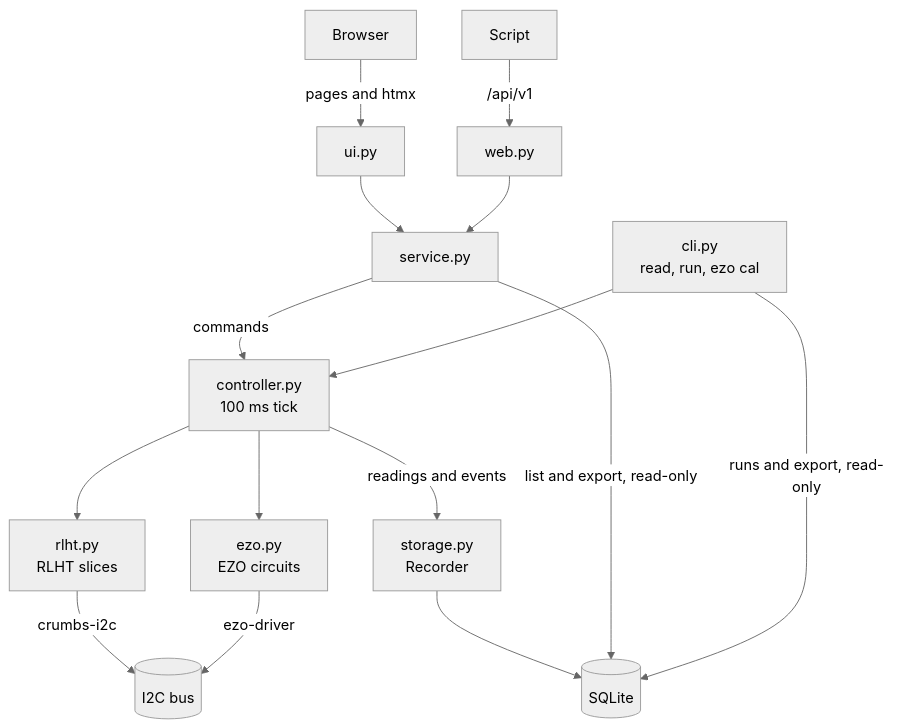
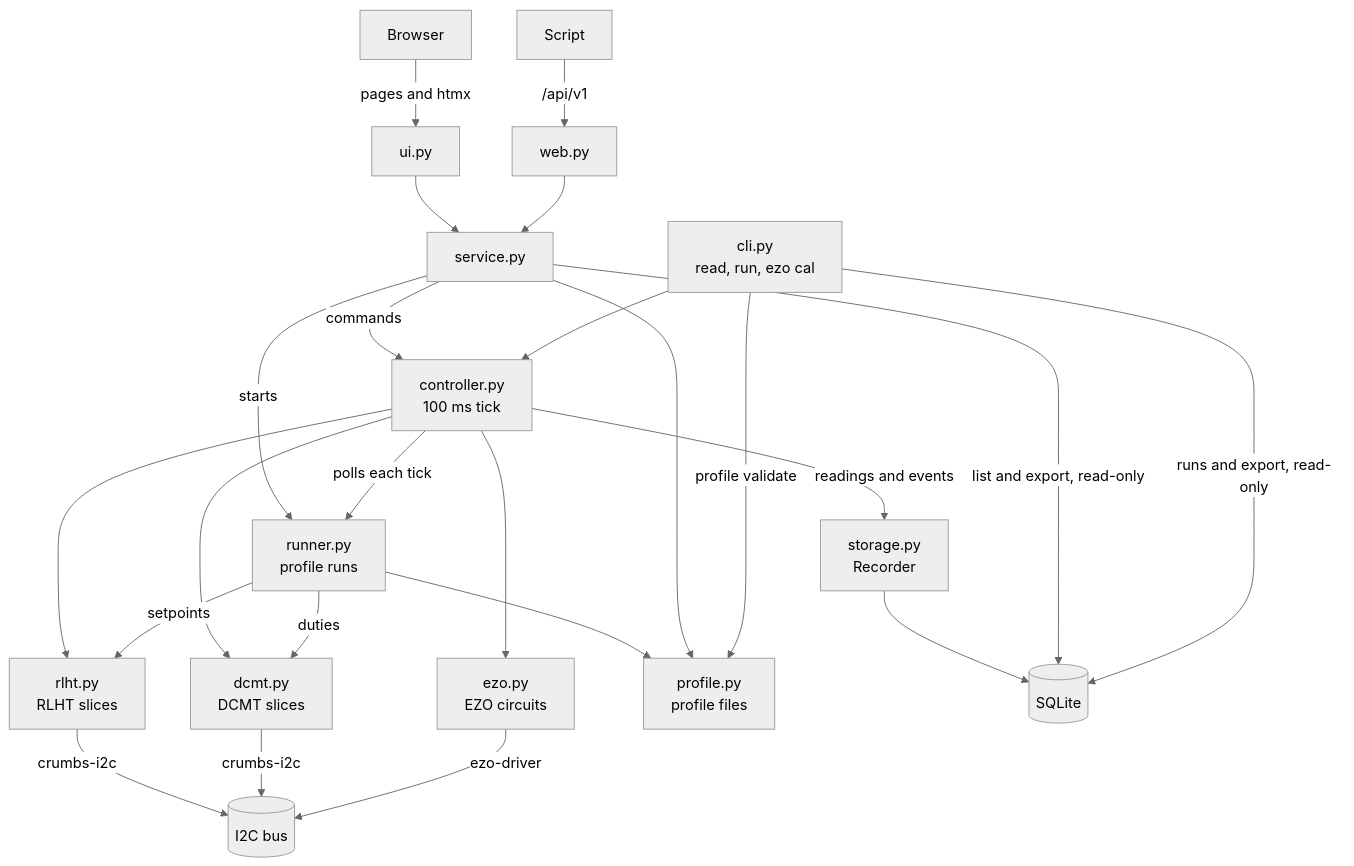
The diagram in docs/development.md (uwo-fast/openreactor), drawn with Mermaid (neutral theme) before and after one commit. The commit also changed other lines of this file and 5 other files, not shown here.

````diff
--- a/docs/development.md
+++ b/docs/development.md
@@ -40,17 +40,26 @@
 ```mermaid
 flowchart TD
     browser["Browser"] -->|"pages and htmx"| ui["ui.py"]
     client["Script"] -->|"/api/v1"| web["web.py"]
     ui --> service["service.py"]
     web --> service
     service -->|"commands"| controller["controller.py<br/>100 ms tick"]
     cli["cli.py<br/>read, run, ezo cal"] --> controller
     controller --> rlht["rlht.py<br/>RLHT slices"]
+    controller --> dcmt["dcmt.py<br/>DCMT slices"]
     controller --> ezo["ezo.py<br/>EZO circuits"]
+    service -->|"starts"| runner["runner.py<br/>profile runs"]
+    controller -->|"polls each tick"| runner
+    runner -->|"setpoints"| rlht
+    runner -->|"duties"| dcmt
+    runner --> profile["profile.py<br/>profile files"]
+    service --> profile
+    cli -->|"profile validate"| profile
     rlht -->|"crumbs-i2c"| bus[("I2C bus")]
+    dcmt -->|"crumbs-i2c"| bus
     ezo -->|"ezo-driver"| bus
     controller -->|"readings and events"| recorder["storage.py<br/>Recorder"]
     recorder --> db[("SQLite")]
     service -->|"list and export, read-only"| db
     cli -->|"runs and export, read-only"| db
 ```
````
